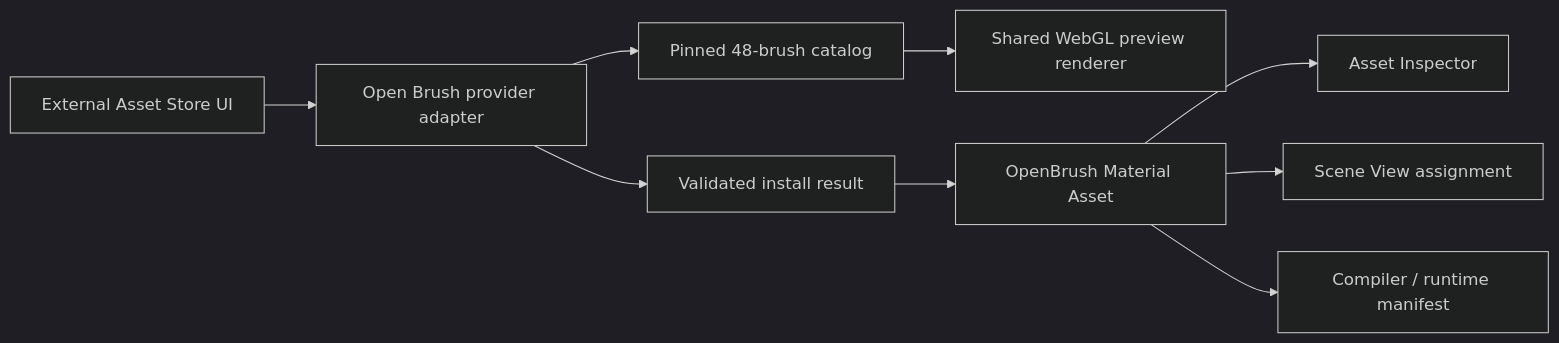
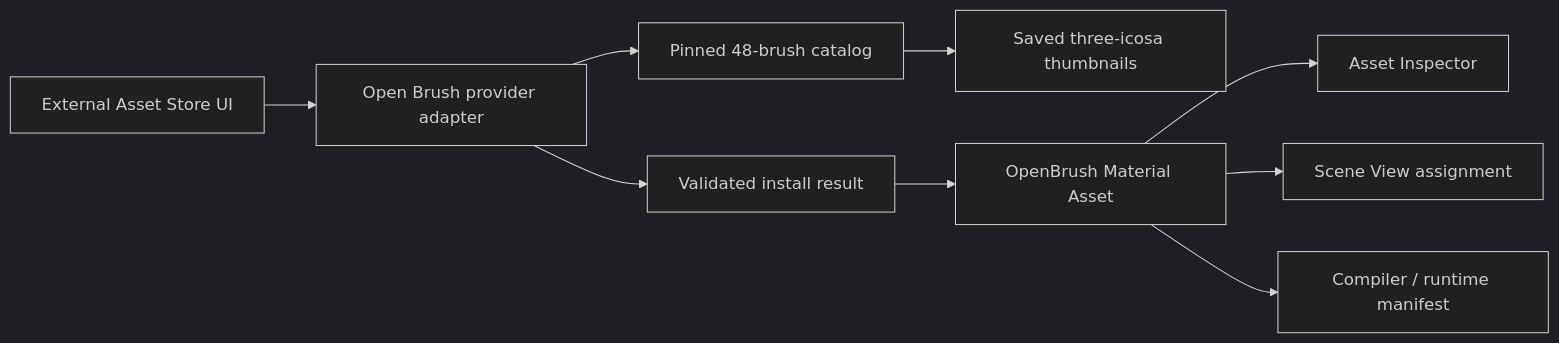
Before and after one commit to WebXR-JP/xrift-studio: the diagram in docs/OPENBRUSH_MATERIAL_PROVIDER_DESIGN.md, drawn with Mermaid (dark theme). The commit also changed other lines of this file and 95 other files, not shown here.

````diff
--- a/docs/OPENBRUSH_MATERIAL_PROVIDER_DESIGN.md
+++ b/docs/OPENBRUSH_MATERIAL_PROVIDER_DESIGN.md
@@ -149,11 +149,11 @@
 ```mermaid
 flowchart LR
   A["External Asset Store UI"] --> B["Open Brush provider adapter"]
   B --> C["Pinned 48-brush catalog"]
-  C --> D["Shared WebGL preview renderer"]
+  C --> D["Saved three-icosa thumbnails"]
   B --> E["Validated install result"]
   E --> F["OpenBrush Material Asset"]
   F --> G["Asset Inspector"]
   F --> H["Scene View assignment"]
   F --> I["Compiler / runtime manifest"]
 ```
````
